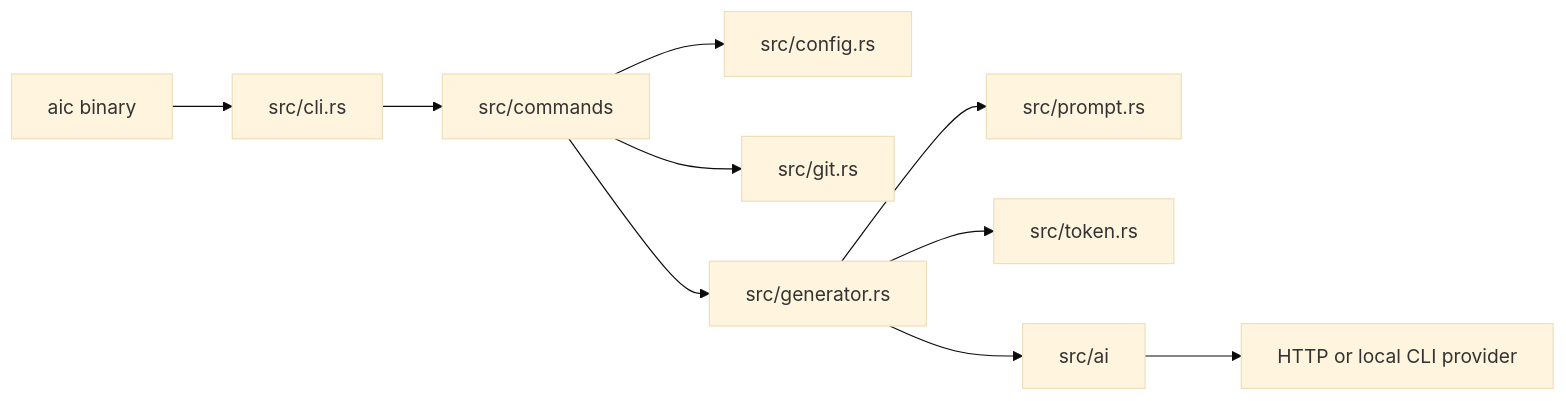
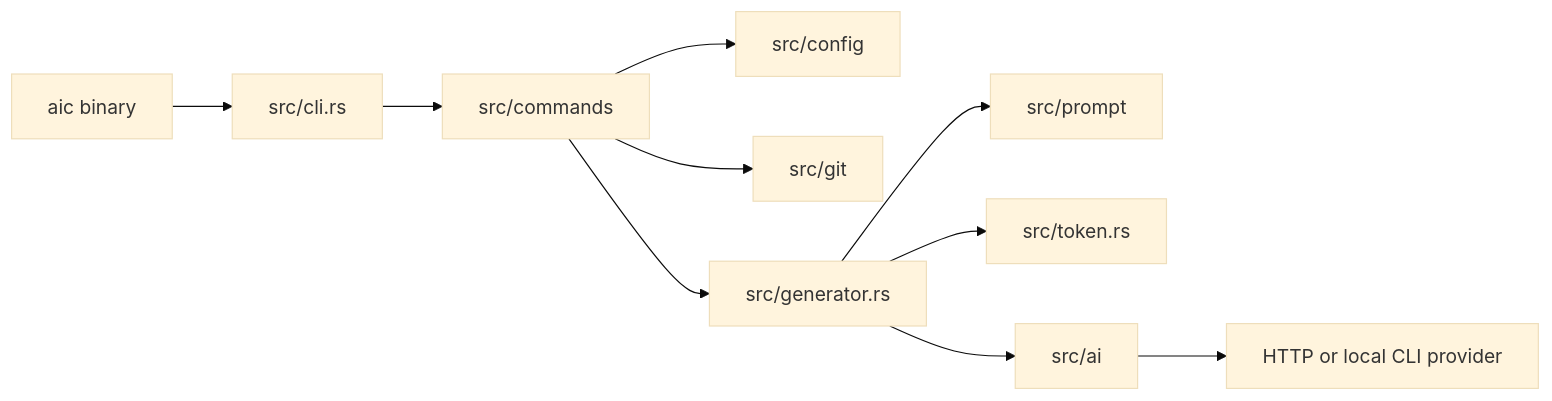
Before and after one commit to russmckendrick/aicommit: the first of 2 diagrams in docs/architecture.md, drawn with Mermaid (base theme). The commit also changed other lines of this file and 34 other files, not shown here.

First line of the commit message:
♻️ refactor: folderize command, config, git, and prompt modules

````diff
--- a/docs/architecture.md
+++ b/docs/architecture.md
@@ -20,12 +20,12 @@
 ```mermaid
 flowchart LR
     Bin["aic binary"] --> Cli["src/cli.rs"]
     Cli --> Commands["src/commands"]
-    Commands --> Config["src/config.rs"]
-    Commands --> Git["src/git.rs"]
+    Commands --> Config["src/config"]
+    Commands --> Git["src/git"]
     Commands --> Generator["src/generator.rs"]
-    Generator --> Prompt["src/prompt.rs"]
+    Generator --> Prompt["src/prompt"]
     Generator --> Token["src/token.rs"]
     Generator --> Ai["src/ai"]
     Ai --> Provider["HTTP or local CLI provider"]
 ```
````
